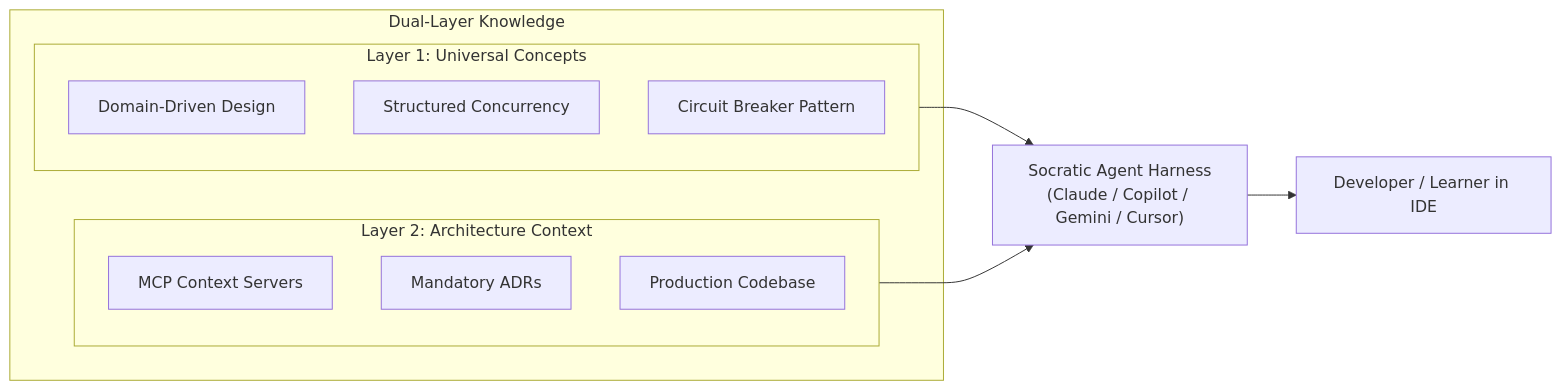
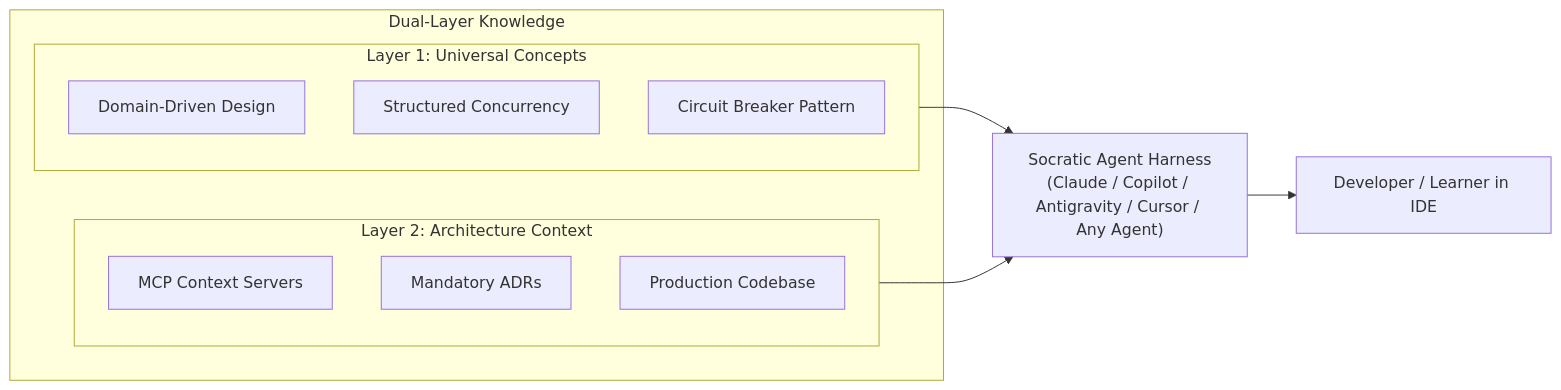
The second of 2 diagrams in README.md (hugomsm/speclearn), drawn with Mermaid before and after one commit. The commit also changed other lines of this file and 15 other files, not shown here.

````diff
--- a/README.md
+++ b/README.md
@@ -101,18 +119,18 @@
 ```mermaid
 graph LR
     subgraph DLK["Dual-Layer Knowledge"]
         subgraph L1["Layer 1: Universal Concepts"]
             C1["Domain-Driven Design"]
             C2["Structured Concurrency"]
             C3["Circuit Breaker Pattern"]
         end
         subgraph L2["Layer 2: Architecture Context"]
             A1["MCP Context Servers"]
             A2["Mandatory ADRs"]
             A3["Production Codebase"]
         end
     end
-    L1 --> AGENT["Socratic Agent Harness\n(Claude / Copilot / Gemini / Cursor)"]
+    L1 --> AGENT["Socratic Agent Harness\n(Claude / Copilot / Antigravity / Cursor / Any Agent)"]
     L2 --> AGENT
     AGENT --> LEARNER["Developer / Learner in IDE"]
 ```
````
